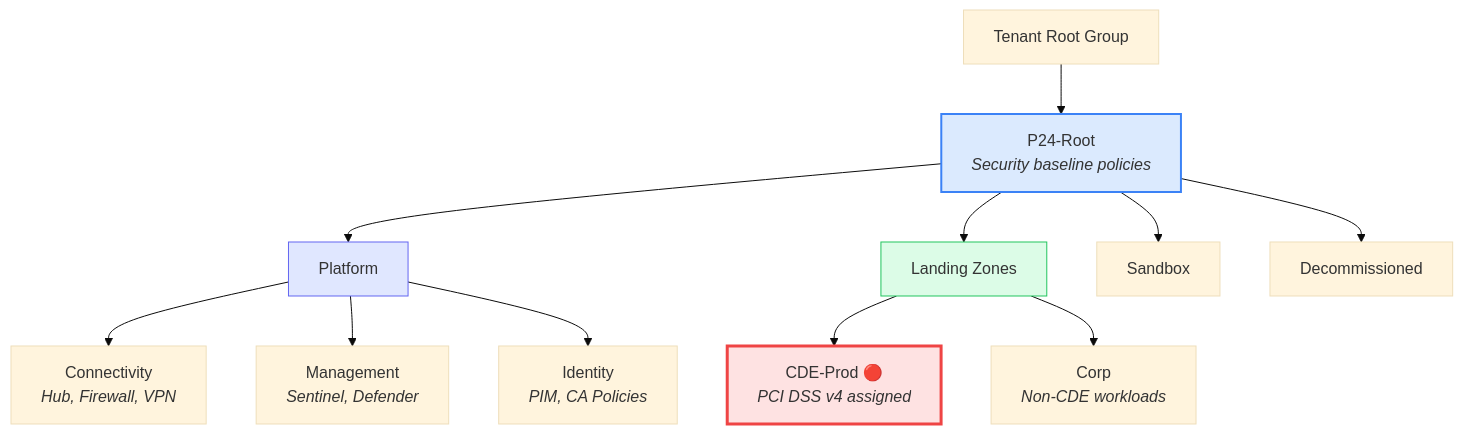
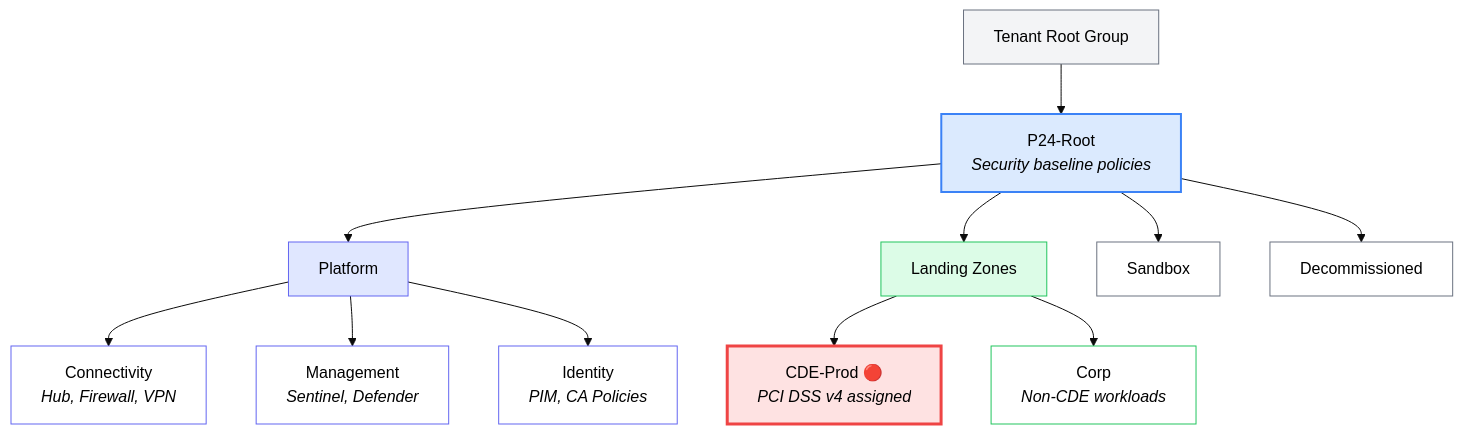
The second of 5 diagrams in README.md (microsoftmrinal/azure-landing-zone-pci-dss), drawn with Mermaid (base theme) before and after one commit.

Commit message:
docs(readme): use black text on Management Group Hierarchy diagram nodes

````diff
--- a/README.md
+++ b/README.md
@@ -83,22 +83,30 @@
 ```mermaid
 graph TD
     TRG[Tenant Root Group]
     TRG --> Root["P24-Root<br/><i>Security baseline policies</i>"]
 
     Root --> Platform[Platform]
     Root --> LZ[Landing Zones]
     Root --> Sandbox[Sandbox]
     Root --> Decom[Decommissioned]
 
     Platform --> Conn[Connectivity<br/><i>Hub, Firewall, VPN</i>]
     Platform --> Mgmt[Management<br/><i>Sentinel, Defender</i>]
     Platform --> Ident[Identity<br/><i>PIM, CA Policies</i>]
 
     LZ --> CDE["CDE-Prod 🔴<br/><i>PCI DSS v4 assigned</i>"]
     LZ --> Corp[Corp<br/><i>Non-CDE workloads</i>]
 
-    style CDE fill:#fee2e2,stroke:#ef4444,stroke-width:3px
-    style Root fill:#dbeafe,stroke:#3b82f6,stroke-width:2px
-    style Platform fill:#e0e7ff,stroke:#6366f1
-    style LZ fill:#dcfce7,stroke:#22c55e
+    classDef default fill:#ffffff,stroke:#6b7280,color:#000000
+    style TRG fill:#f3f4f6,stroke:#6b7280,color:#000000
+    style CDE fill:#fee2e2,stroke:#ef4444,stroke-width:3px,color:#000000
+    style Root fill:#dbeafe,stroke:#3b82f6,stroke-width:2px,color:#000000
+    style Platform fill:#e0e7ff,stroke:#6366f1,color:#000000
+    style LZ fill:#dcfce7,stroke:#22c55e,color:#000000
+    style Sandbox fill:#ffffff,stroke:#6b7280,color:#000000
+    style Decom fill:#ffffff,stroke:#6b7280,color:#000000
+    style Conn fill:#ffffff,stroke:#6366f1,color:#000000
+    style Mgmt fill:#ffffff,stroke:#6366f1,color:#000000
+    style Ident fill:#ffffff,stroke:#6366f1,color:#000000
+    style Corp fill:#ffffff,stroke:#22c55e,color:#000000
 ```
````
